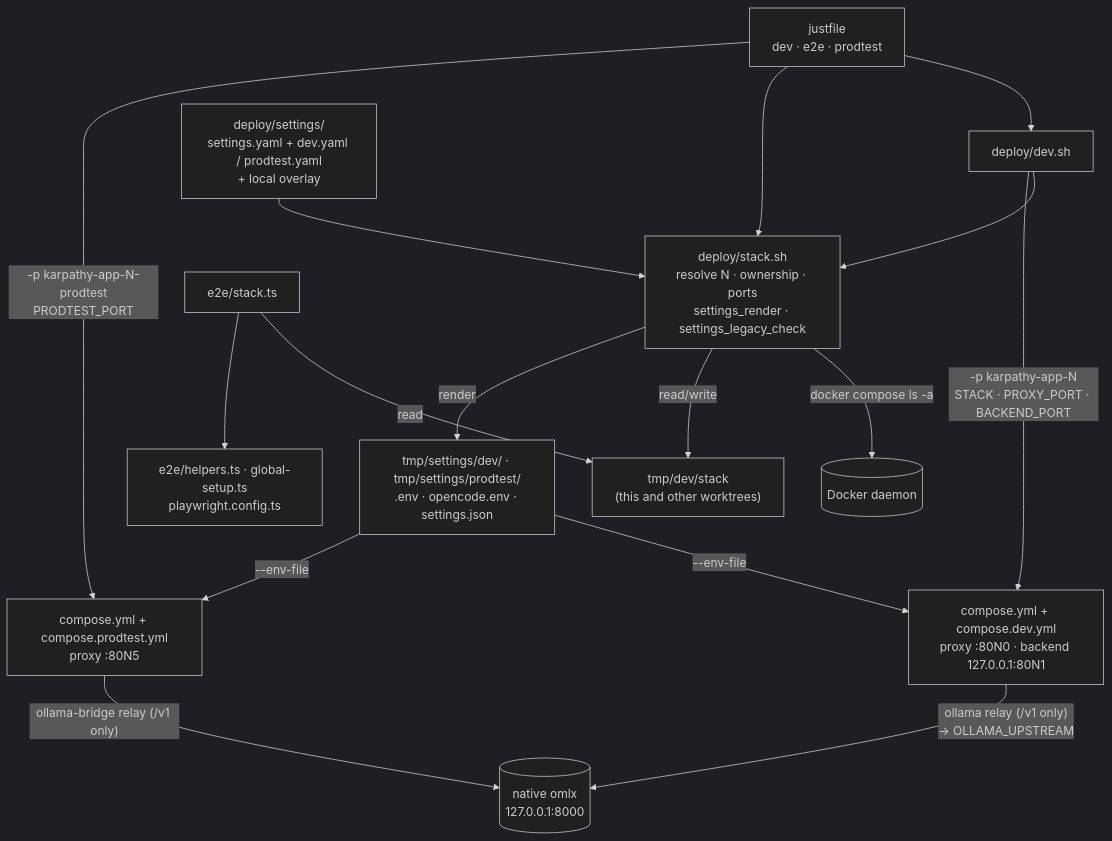
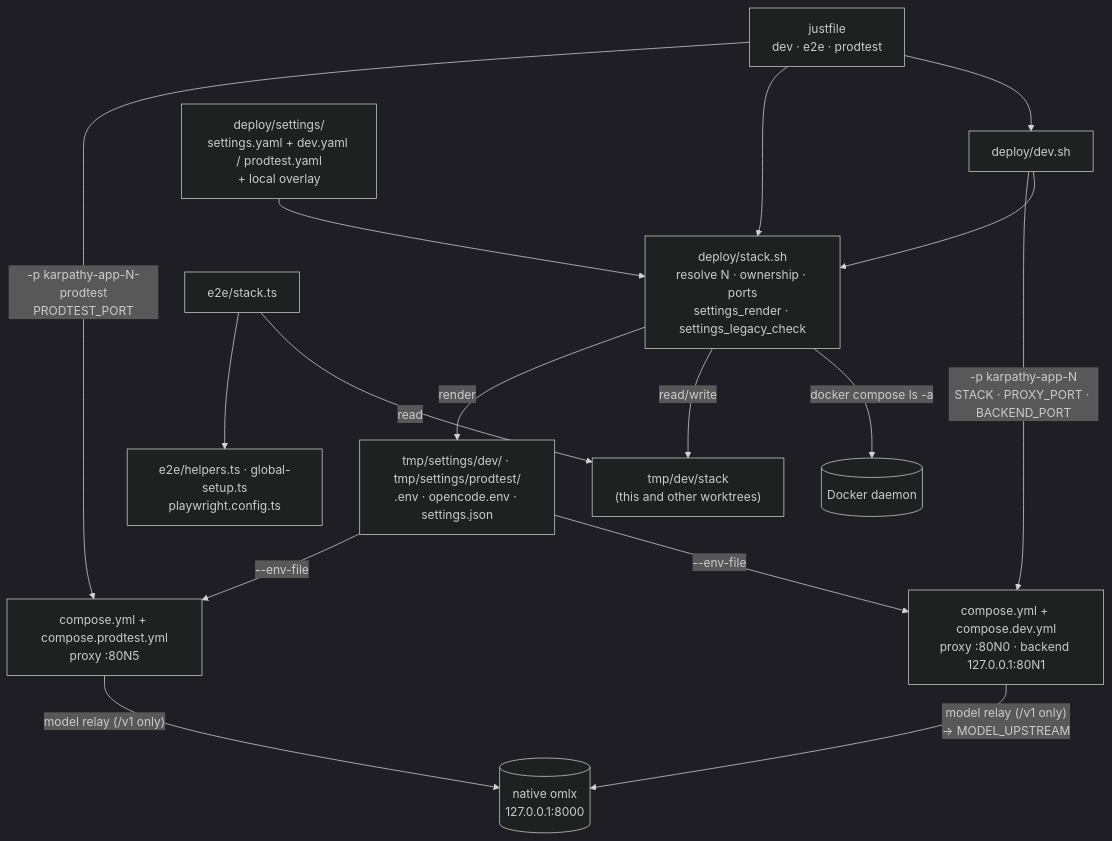
Before and after one commit to tillg/karpathy.app: diagram 22 of 23 in specs/system/architecture.md, drawn with Mermaid (dark theme). The commit also changed other lines of this file and 64 other files, not shown here.

First line of the commit message:
Remove Ollama and omlx: every model comes from OpenRouter (#157)

````diff
--- a/specs/system/architecture.md
+++ b/specs/system/architecture.md
@@ -1502,18 +1501,18 @@
 ```mermaid
 flowchart TD
     J["justfile<br/>dev · e2e · prodtest"] --> D["deploy/dev.sh"]
     J --> L
     D --> L["deploy/stack.sh<br/>resolve N · ownership · ports<br/>settings_render · settings_legacy_check"]
     L -->|"docker compose ls -a"| DK[(Docker daemon)]
     L -->|"read/write"| F["tmp/dev/stack<br/>(this and other worktrees)"]
     S["deploy/settings/<br/>settings.yaml + dev.yaml / prodtest.yaml<br/>+ local overlay"] --> L
     L -->|"render"| R["tmp/settings/dev/ · tmp/settings/prodtest/<br/>.env · opencode.env · settings.json"]
     R -->|"--env-file"| C
     R -->|"--env-file"| P
     D -->|"-p karpathy-app-N<br/>STACK · PROXY_PORT · BACKEND_PORT"| C["compose.yml + compose.dev.yml<br/>proxy :80N0 · backend 127.0.0.1:80N1"]
     J -->|"-p karpathy-app-N-prodtest<br/>PRODTEST_PORT"| P["compose.yml + compose.prodtest.yml<br/>proxy :80N5"]
-    C -->|"ollama relay (/v1 only)<br/>→ OLLAMA_UPSTREAM"| OL[("native omlx<br/>127.0.0.1:8000")]
-    P -->|"ollama-bridge relay (/v1 only)"| OL
+    C -->|"model relay (/v1 only)<br/>→ MODEL_UPSTREAM"| OL[("native omlx<br/>127.0.0.1:8000")]
+    P -->|"model relay (/v1 only)"| OL
     E["e2e/stack.ts"] -->|"read"| F
     E --> H["e2e/helpers.ts · global-setup.ts<br/>playwright.config.ts"]
 ```
````
